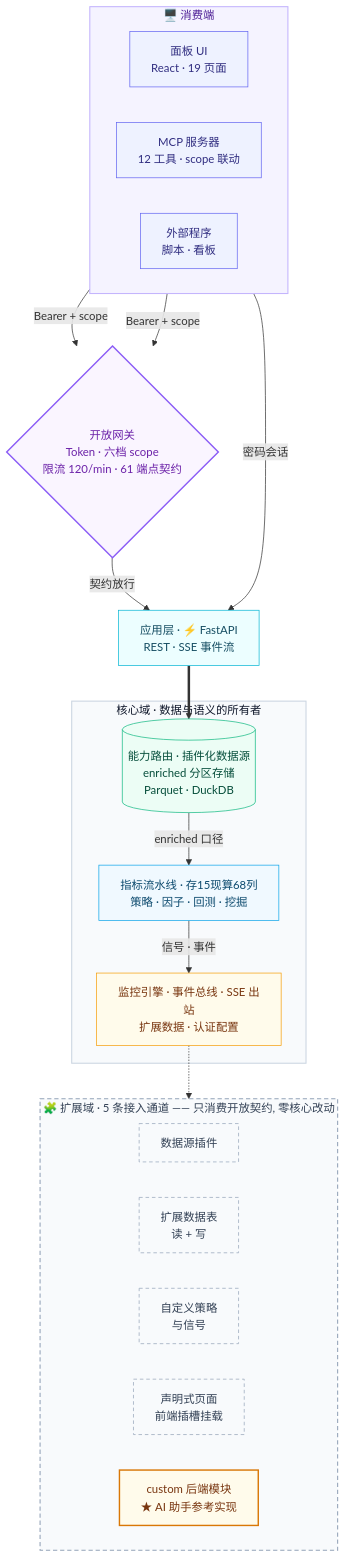
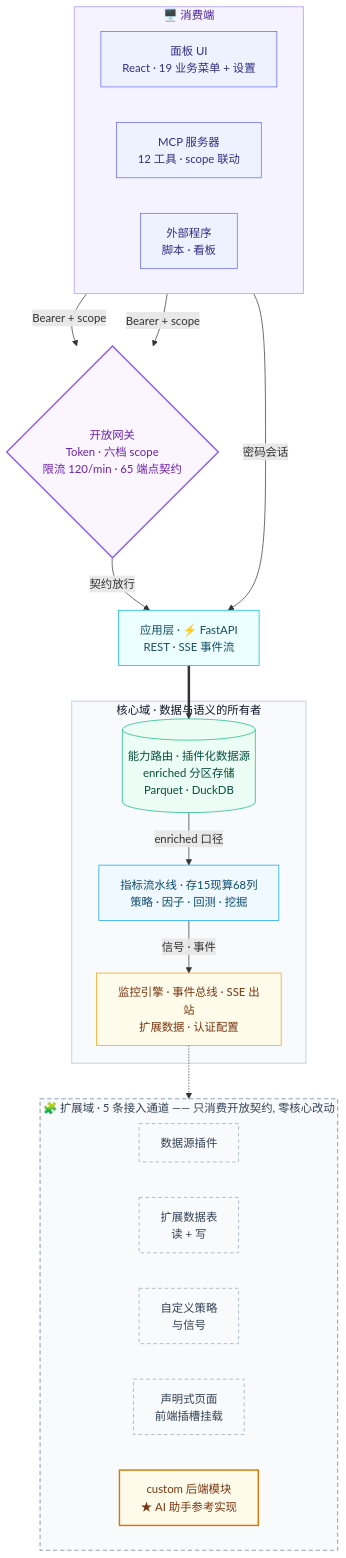
The diagram in README.md (jelven007/TSP), drawn with Mermaid before and after one commit. The commit also changed other lines of this file and 12 other files, not shown here.

````diff
--- a/README.md
+++ b/README.md
@@ -278,59 +277,59 @@
 ```mermaid
 flowchart TB
     subgraph CLIENTS["🖥️ 消费端"]
         direction LR
-        UI["面板 UI<br/>React · 19 页面"]
+        UI["面板 UI<br/>React · 19 业务菜单 + 设置"]
         MCP["MCP 服务器<br/>12 工具 · scope 联动"]
         APPC["外部程序<br/>脚本 · 看板"]
     end
 
-    GW{"开放网关<br/>Token · 六档 scope<br/>限流 120/min · 61 端点契约"}
+    GW{"开放网关<br/>Token · 六档 scope<br/>限流 120/min · 65 端点契约"}
 
     API["应用层 · ⚡ FastAPI<br/>REST · SSE 事件流"]
 
     subgraph CORE["核心域 · 数据与语义的所有者"]
         S1[("能力路由 · 插件化数据源<br/>enriched 分区存储<br/>Parquet · DuckDB")]
         S2["指标流水线 · 存15现算68列<br/>策略 · 因子 · 回测 · 挖掘"]
         S3["监控引擎 · 事件总线 · SSE 出站<br/>扩展数据 · 认证配置"]
         S1 -->|"enriched 口径"| S2
         S2 -->|"信号 · 事件"| S3
     end
 
     subgraph EXT["🧩 扩展域 · 5 条接入通道 —— 只消费开放契约, 零核心改动"]
         direction LR
         X1["数据源插件"]
         X2["扩展数据表<br/>读 + 写"]
         X3["自定义策略<br/>与信号"]
         X4["声明式页面<br/>前端插槽挂载"]
         X5["custom 后端模块<br/>★ AI 助手参考实现"]
     end
 
     UI -->|"密码会话"| API
     MCP -->|"Bearer + scope"| GW
     APPC -->|"Bearer + scope"| GW
     GW -->|"契约放行"| API
     API ==> S1
     S3 -.-> X3
 
     classDef client fill:#eef2ff,stroke:#6366f1,color:#312e81
     classDef gate fill:#faf5ff,stroke:#8b5cf6,color:#6b21a8,stroke-width:2px
     classDef svc fill:#ecfeff,stroke:#06b6d4,color:#164e63
     classDef fdn fill:#ecfdf5,stroke:#10b981,color:#064e3b
     classDef cmp fill:#f0f9ff,stroke:#0ea5e9,color:#0c4a6e
     classDef pdc fill:#fffbeb,stroke:#f59e0b,color:#78350f
     classDef ext fill:#f8fafc,stroke:#94a3b8,color:#334155,stroke-dasharray:5 4
     classDef star fill:#fffbeb,stroke:#d97706,color:#78350f,stroke-width:2px
 
     class UI,MCP,APPC client
     class GW gate
     class API svc
     class S1 fdn
     class S2 cmp
     class S3 pdc
     class X1,X2,X3,X4 ext
     class X5 star
 
     style CLIENTS fill:#f5f3ff,stroke:#c4b5fd,stroke-width:1.5px,color:#4c1d95
     style CORE fill:#f8fafc,stroke:#cbd5e1,stroke-width:1.5px,color:#0f172a
     style EXT fill:#f8fafc,stroke:#94a3b8,stroke-width:1.5px,stroke-dasharray:6 4,color:#334155
 ```
````
